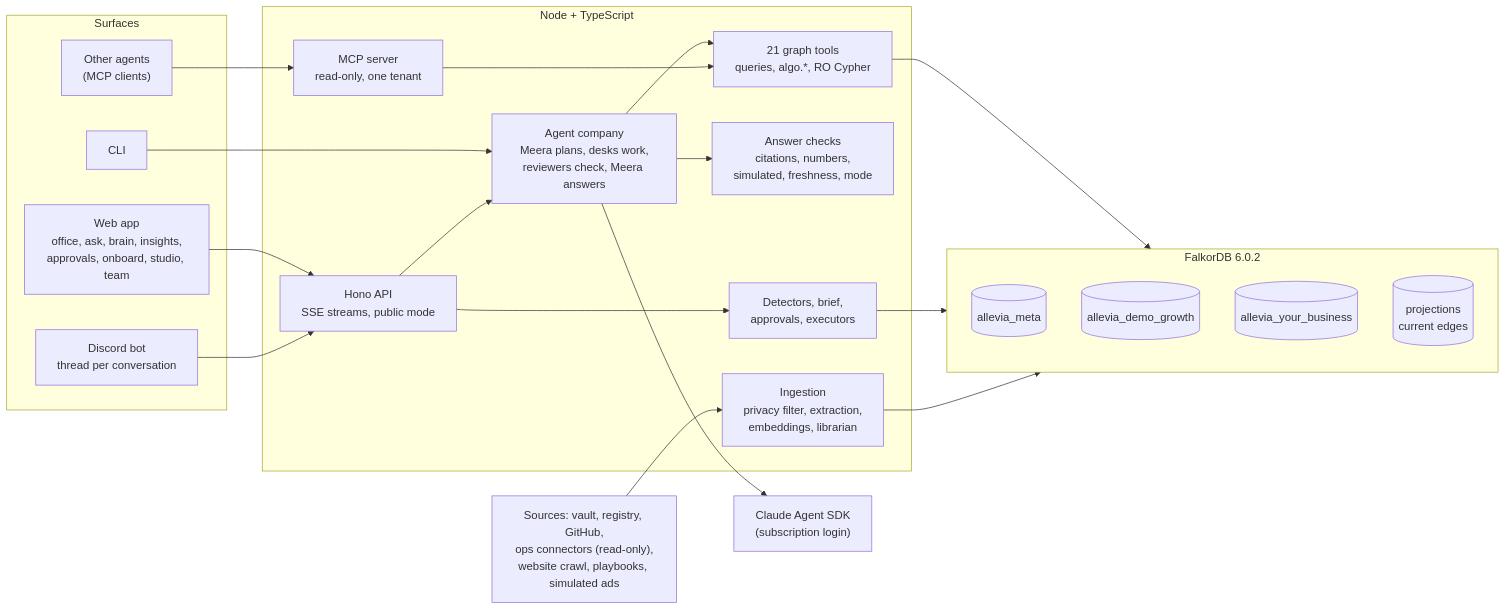
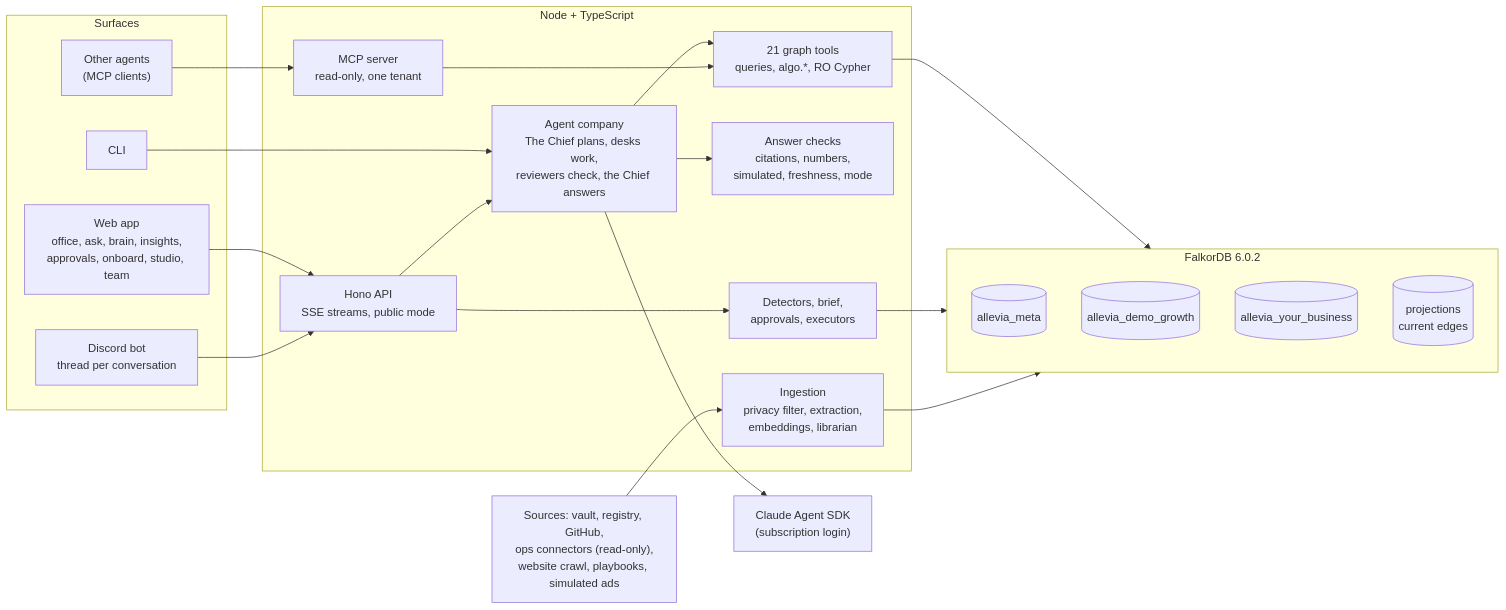
The fifth of 5 diagrams in README.md (Ankit-Vohra/allevia-company-brain), drawn with Mermaid before and after one commit. The commit also changed other lines of this file and 5 other files, not shown here.

````diff
--- a/README.md
+++ b/README.md
@@ -422,40 +422,40 @@
 ```mermaid
 flowchart LR
   subgraph Surfaces
     WEB["Web app<br/>office, ask, brain, insights,<br/>approvals, onboard, studio, team"]
     DIS["Discord bot<br/>thread per conversation"]
     MCPC["Other agents<br/>(MCP clients)"]
     CLI["CLI"]
   end
   subgraph Server["Node + TypeScript"]
     API["Hono API<br/>SSE streams, public mode"]
-    ORCH["Agent company<br/>Meera plans, desks work,<br/>reviewers check, Meera answers"]
+    ORCH["Agent company<br/>The Chief plans, desks work,<br/>reviewers check, the Chief answers"]
     TOOLS["21 graph tools<br/>queries, algo.*, RO Cypher"]
     CHK["Answer checks<br/>citations, numbers,<br/>simulated, freshness, mode"]
     INS["Detectors, brief,<br/>approvals, executors"]
     ING["Ingestion<br/>privacy filter, extraction,<br/>embeddings, librarian"]
     MCPS["MCP server<br/>read-only, one tenant"]
   end
   SDK["Claude Agent SDK<br/>(subscription login)"]
   subgraph FDB["FalkorDB 6.0.2"]
     META[("allevia_meta")]
     T1[("allevia_demo_growth")]
     T2[("allevia_your_business")]
     PROJ[("projections<br/>current edges")]
   end
   SRC["Sources: vault, registry, GitHub,<br/>ops connectors (read-only),<br/>website crawl, playbooks, simulated ads"]
 
   WEB --> API
   DIS --> API
   CLI --> ORCH
   MCPC --> MCPS
   API --> ORCH
   ORCH --> SDK
   ORCH --> TOOLS
   ORCH --> CHK
   API --> INS
   TOOLS --> FDB
   MCPS --> TOOLS
   INS --> FDB
   SRC --> ING --> FDB
 ```
````
